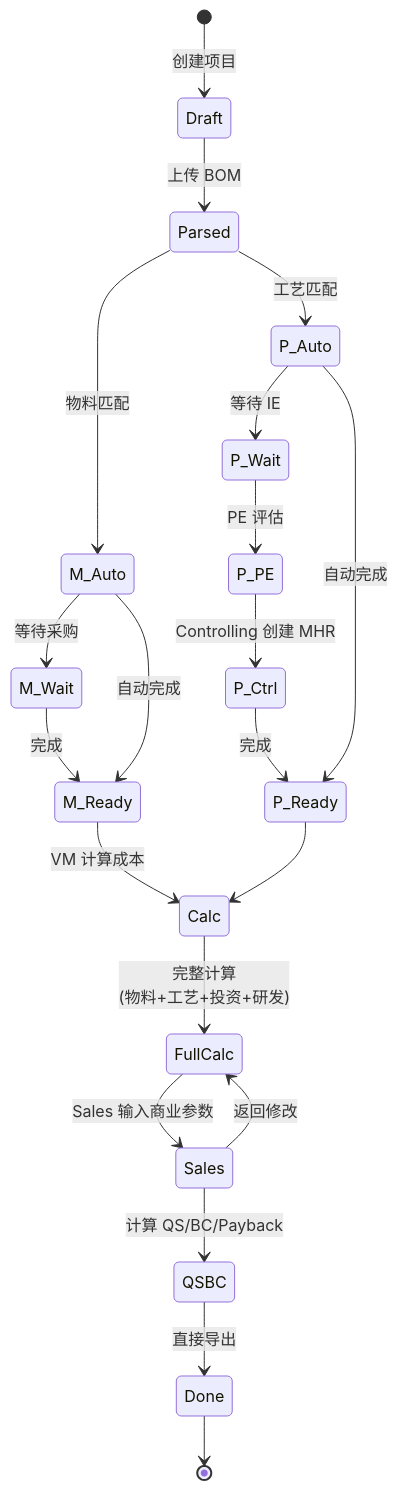
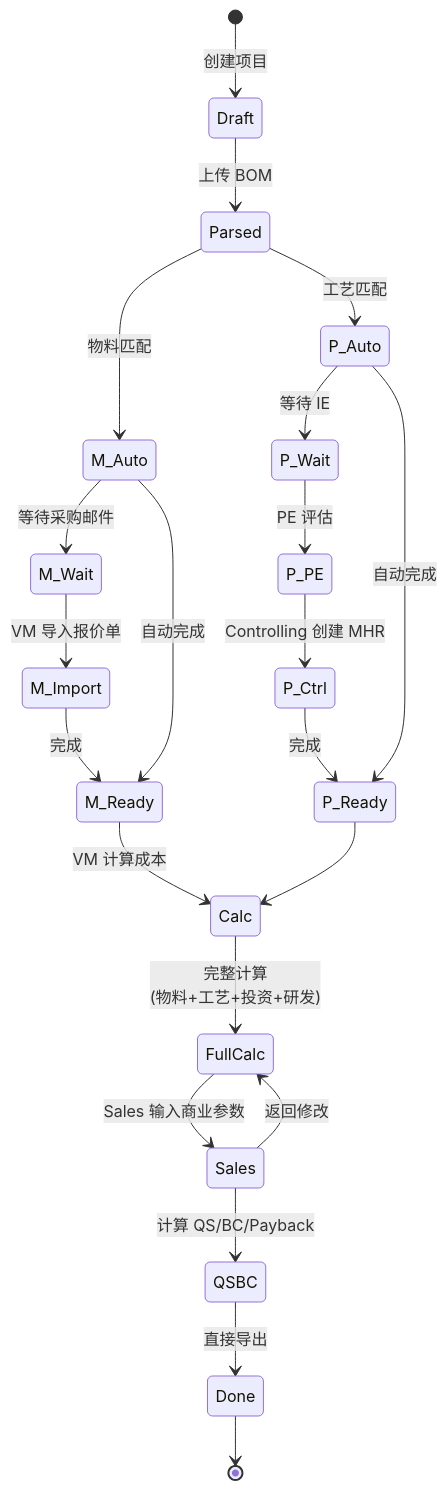
One commit to randyluo85/Quoting-Copilot changed the second of 2 diagrams in docs/PRD.md. Above: the diagram before and after it, drawn with Mermaid. The commit also changed other lines of this file, not shown here.

Commit message:
auto: claude changes

````diff
--- a/docs/PRD.md
+++ b/docs/PRD.md
@@ -444,30 +444,31 @@
 ```mermaid
 stateDiagram-v2
     [*] --> Draft: 创建项目
     Draft --> Parsed: 上传 BOM
 
     Parsed --> M_Auto: 物料匹配
     Parsed --> P_Auto: 工艺匹配
 
-    M_Auto --> M_Wait: 等待采购
-    M_Wait --> M_Ready: 完成
+    M_Auto --> M_Wait: 等待采购邮件
+    M_Wait --> M_Import: VM 导入报价单
+    M_Import --> M_Ready: 完成
     M_Auto --> M_Ready: 自动完成
 
     P_Auto --> P_Wait: 等待 IE
     P_Wait --> P_PE: PE 评估
     P_PE --> P_Ctrl: Controlling 创建 MHR
     P_Ctrl --> P_Ready: 完成
     P_Auto --> P_Ready: 自动完成
 
     M_Ready --> Calc: VM 计算成本
     P_Ready --> Calc
 
     Calc --> FullCalc: 完整计算<br/>(物料+工艺+投资+研发)
     FullCalc --> Sales: Sales 输入商业参数
 
     Sales --> QSBC: 计算 QS/BC/Payback
     QSBC --> Done: 直接导出
     Sales --> FullCalc: 返回修改
 
     Done --> [*]
 ```
````
